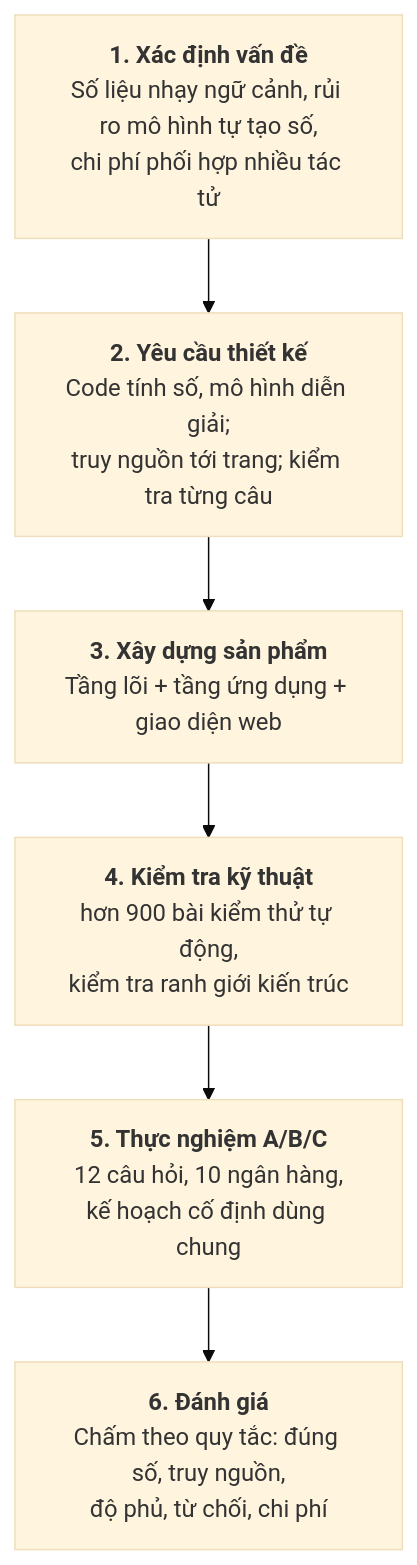
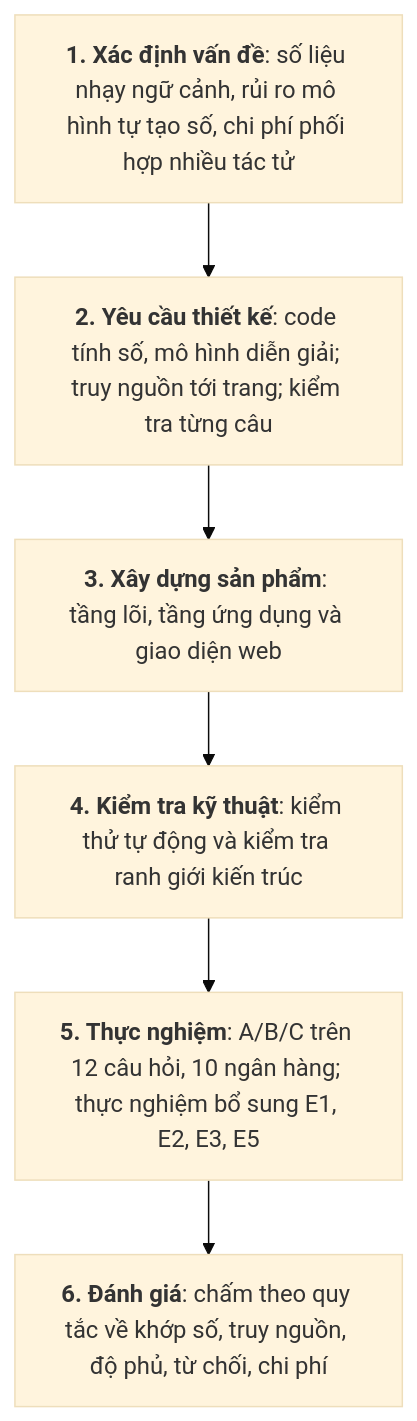
Before and after one commit to thaicuong576/final-thesis: the diagram in docs/thesis-v2/figures/hinh-3-1-quy-trinh-dsr.mmd, drawn with Mermaid (base theme). The commit also changed 16 other files, not shown here.

First line of the commit message:
docs(thesis): [FIG] monochrome diagrams and plain charts (#164)

```diff
--- a/docs/thesis-v2/figures/hinh-3-1-quy-trinh-dsr.mmd
+++ b/docs/thesis-v2/figures/hinh-3-1-quy-trinh-dsr.mmd
@@ -1,8 +1,8 @@
-flowchart TD
-    S1["<b>1. Xác định vấn đề</b><br/>Số liệu nhạy ngữ cảnh, rủi ro mô hình tự tạo số,<br/>chi phí phối hợp nhiều tác tử"]
-    S2["<b>2. Yêu cầu thiết kế</b><br/>Code tính số, mô hình diễn giải;<br/>truy nguồn tới trang; kiểm tra từng câu"]
-    S3["<b>3. Xây dựng sản phẩm</b><br/>Tầng lõi + tầng ứng dụng + giao diện web"]
-    S4["<b>4. Kiểm tra kỹ thuật</b><br/>hơn 900 bài kiểm thử tự động,<br/>kiểm tra ranh giới kiến trúc"]
-    S5["<b>5. Thực nghiệm A/B/C</b><br/>12 câu hỏi, 10 ngân hàng,<br/>kế hoạch cố định dùng chung"]
-    S6["<b>6. Đánh giá</b><br/>Chấm theo quy tắc: đúng số, truy nguồn,<br/>độ phủ, từ chối, chi phí"]
+flowchart TB
+    S1["<b>1. Xác định vấn đề</b>: số liệu nhạy ngữ cảnh, rủi ro mô hình tự tạo số, chi phí phối hợp nhiều tác tử"]
+    S2["<b>2. Yêu cầu thiết kế</b>: code tính số, mô hình diễn giải; truy nguồn tới trang; kiểm tra từng câu"]
+    S3["<b>3. Xây dựng sản phẩm</b>: tầng lõi, tầng ứng dụng và giao diện web"]
+    S4["<b>4. Kiểm tra kỹ thuật</b>: kiểm thử tự động và kiểm tra ranh giới kiến trúc"]
+    S5["<b>5. Thực nghiệm</b>: A/B/C trên 12 câu hỏi, 10 ngân hàng; thực nghiệm bổ sung E1, E2, E3, E5"]
+    S6["<b>6. Đánh giá</b>: chấm theo quy tắc về khớp số, truy nguồn, độ phủ, từ chối, chi phí"]
     S1 --> S2 --> S3 --> S4 --> S5 --> S6
```
